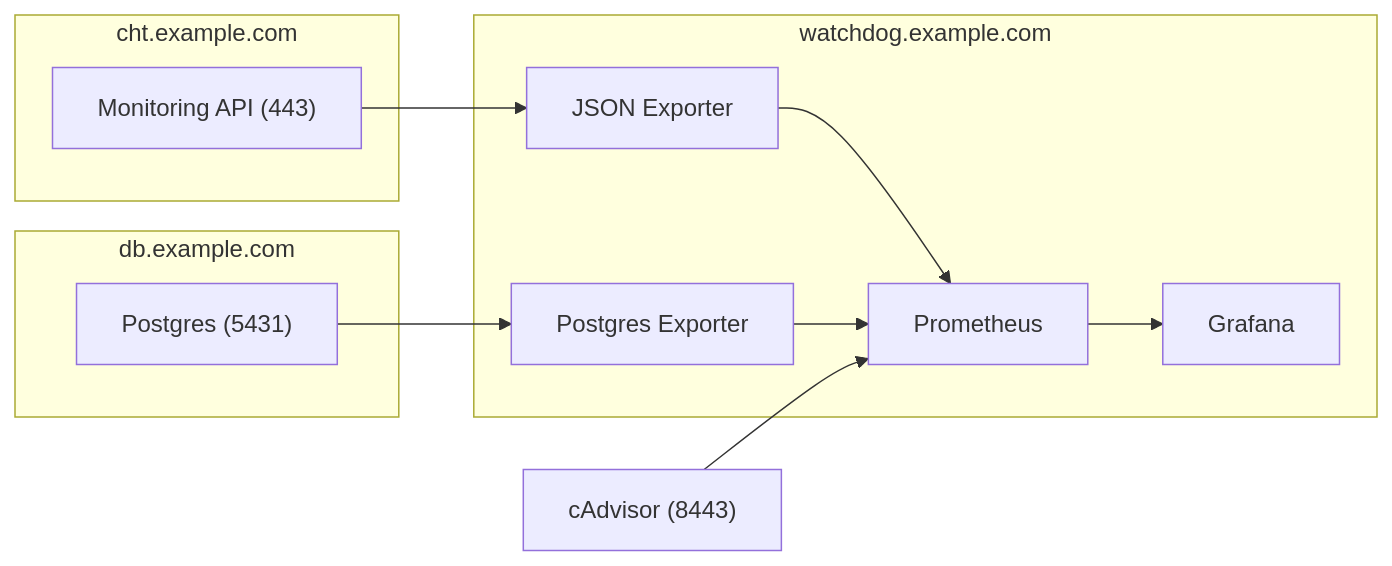
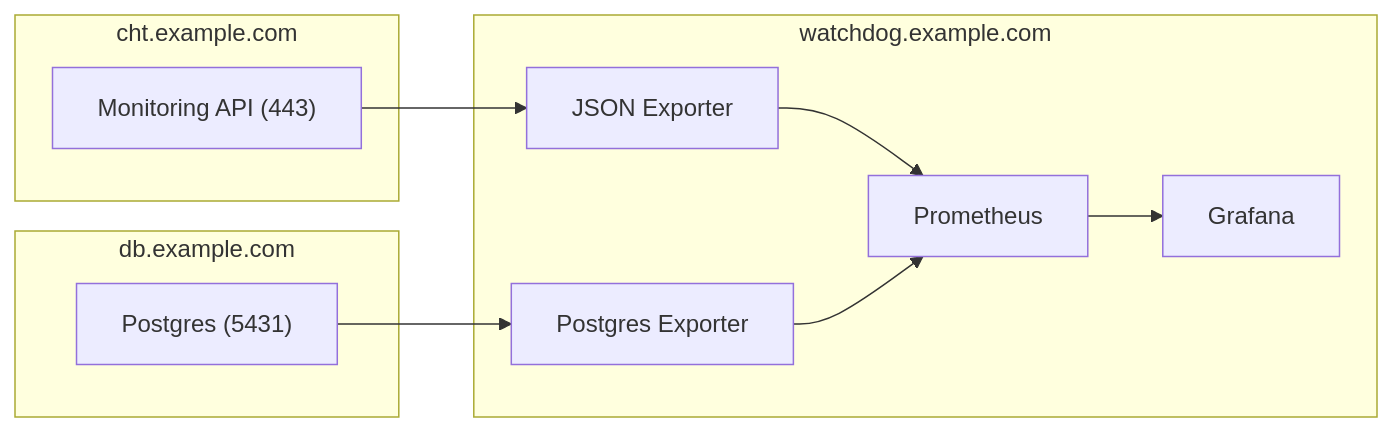
One commit to medic/cht-docs changed the second of 2 diagrams in content/en/apps/guides/hosting/monitoring/postgres-ingest.md. Above: the diagram before and after it, drawn with Mermaid.

````diff
--- a/content/en/apps/guides/hosting/monitoring/postgres-ingest.md
+++ b/content/en/apps/guides/hosting/monitoring/postgres-ingest.md
@@ -42,21 +42,20 @@
 ```mermaid
 flowchart LR
 
 subgraph core["cht.example.com"]
   mon_api["Monitoring API (443)"]
 end
 
 subgraph watchdog["watchdog.example.com"]
     json[JSON Exporter] --> Prometheus
     postgres-exp[Postgres Exporter] --> Prometheus
     Prometheus --> Grafana
 end
 
 subgraph db["db.example.com"]
   postgres["Postgres (5431)"]
 end
 
 mon_api  -->  json
-cAdvisor["cAdvisor (8443)"] -->  Prometheus
 postgres -->  postgres-exp
 ```
````
